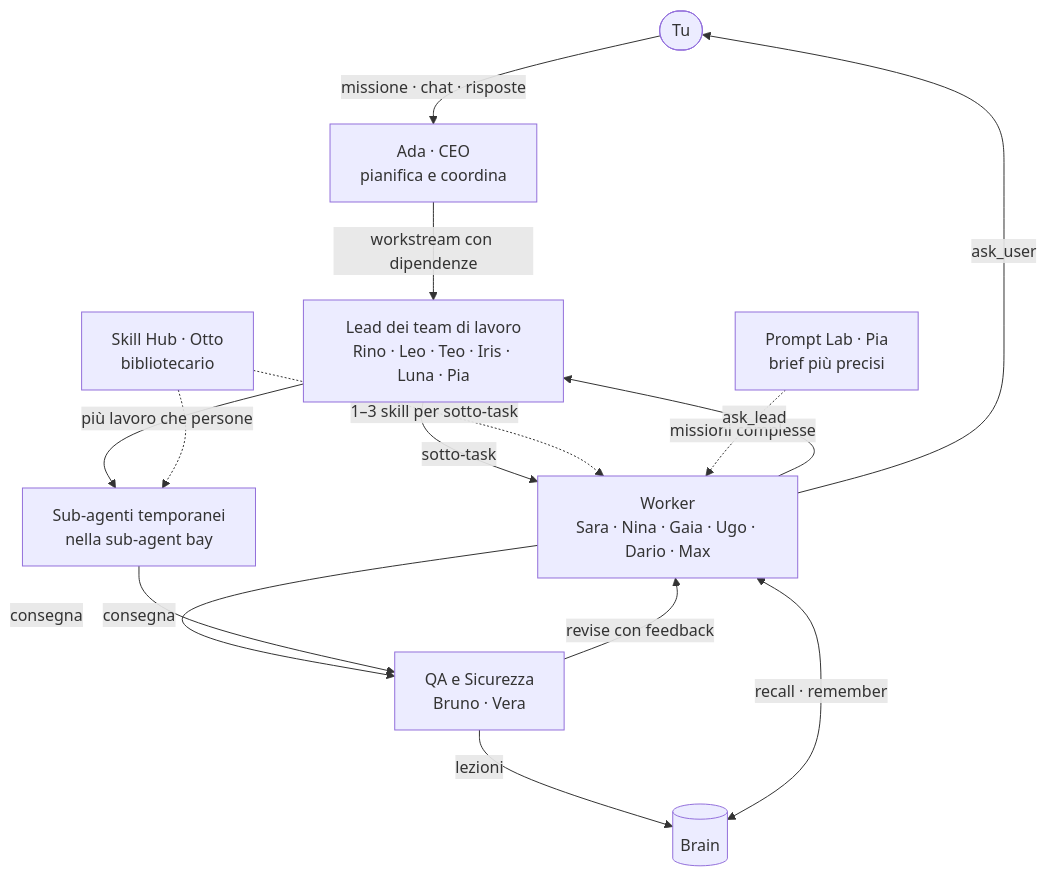
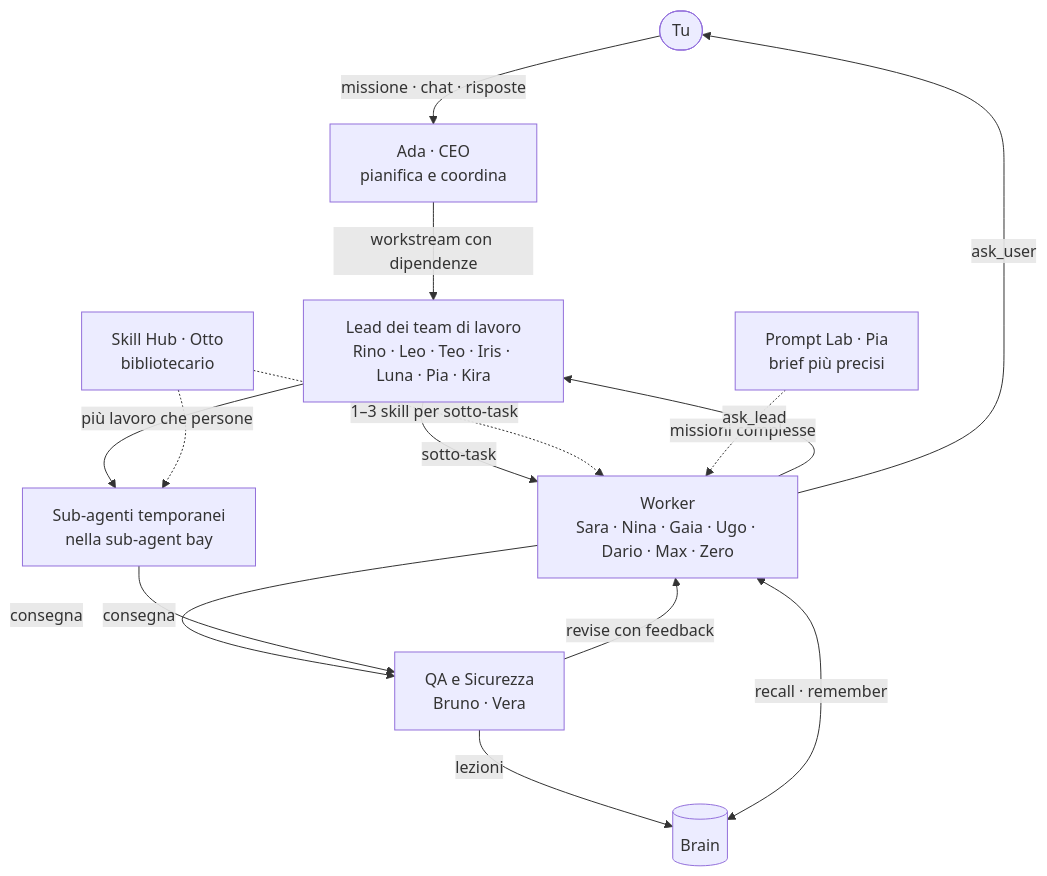
Before and after one commit to GiuseppeGiannelli-rgb/agent-world: the fifth of 7 diagrams in README.md, drawn with Mermaid. The commit also changed other lines of this file and 30 other files, not shown here.

````diff
--- a/README.md
+++ b/README.md
@@ -243,17 +244,17 @@
 ```mermaid
 flowchart TD
     U(["Tu"]) -->|missione · chat · risposte| CEO["Ada · CEO<br/>pianifica e coordina"]
-    CEO -->|workstream con dipendenze| LEADS["Lead dei team di lavoro<br/>Rino · Leo · Teo · Iris · Luna · Pia"]
-    LEADS -->|sotto-task| WK["Worker<br/>Sara · Nina · Gaia · Ugo · Dario · Max"]
+    CEO -->|workstream con dipendenze| LEADS["Lead dei team di lavoro<br/>Rino · Leo · Teo · Iris · Luna · Pia · Kira"]
+    LEADS -->|sotto-task| WK["Worker<br/>Sara · Nina · Gaia · Ugo · Dario · Max · Zero"]
     LEADS -->|più lavoro che persone| SUB["Sub-agenti temporanei<br/>nella sub-agent bay"]
     SH["Skill Hub · Otto<br/>bibliotecario"] -.->|1–3 skill per sotto-task| WK
     SH -.-> SUB
     PL["Prompt Lab · Pia<br/>brief più precisi"] -.->|missioni complesse| WK
     WK -->|consegna| QA["QA e Sicurezza<br/>Bruno · Vera"]
     SUB -->|consegna| QA
     QA -->|revise con feedback| WK
     QA -->|lezioni| BR[("Brain")]
     WK <-->|recall · remember| BR
     WK -->|ask_lead| LEADS
     WK -->|ask_user| U
 ```
````
